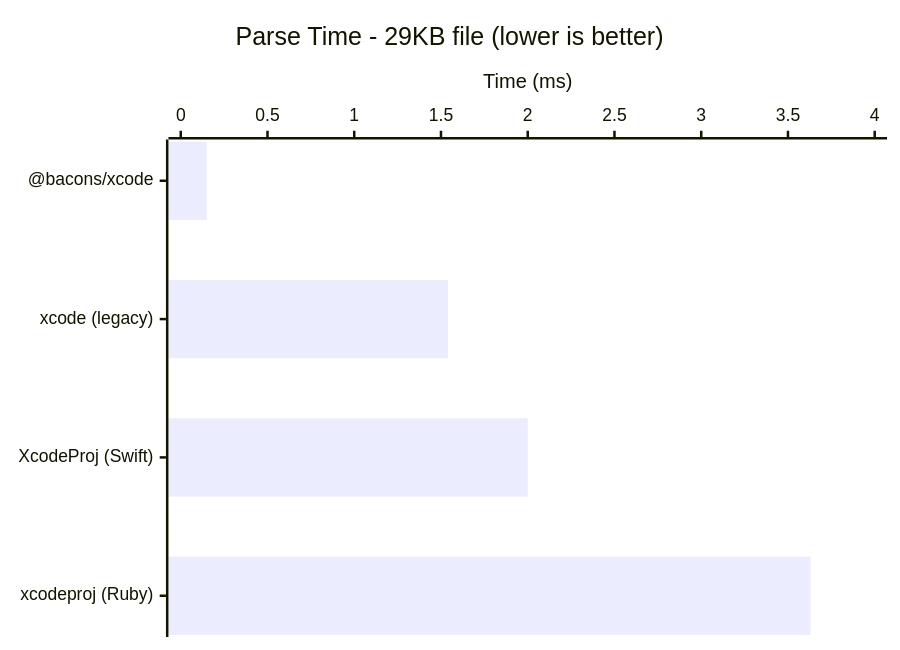
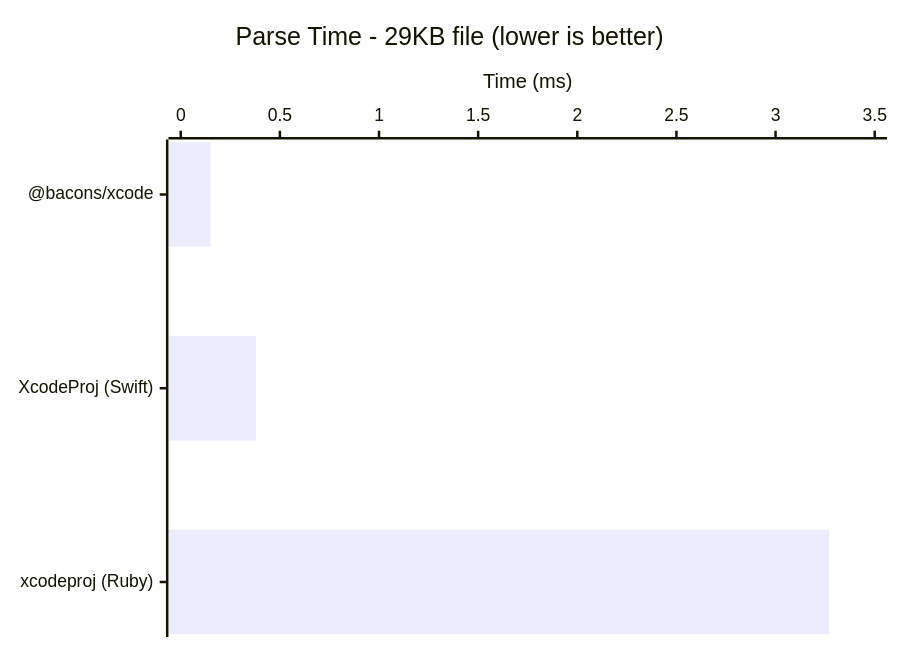
The diagram in README.md (EvanBacon/xcode), drawn with Mermaid before and after one commit. The commit also changed other lines of this file and 4 other files, not shown here.

````diff
--- a/README.md
+++ b/README.md
@@ -13,7 +17,7 @@
 ```mermaid
 xychart-beta horizontal
   title "Parse Time - 29KB file (lower is better)"
-  x-axis ["@bacons/xcode", "xcode (legacy)", "XcodeProj (Swift)", "xcodeproj (Ruby)"]
-  y-axis "Time (ms)" 0 --> 4
-  bar [0.15, 1.54, 2.00, 3.63]
+  x-axis ["@bacons/xcode", "XcodeProj (Swift)", "xcodeproj (Ruby)"]
+  y-axis "Time (ms)" 0 --> 3.5
+  bar [0.15, 0.38, 3.27]
 ```
````
